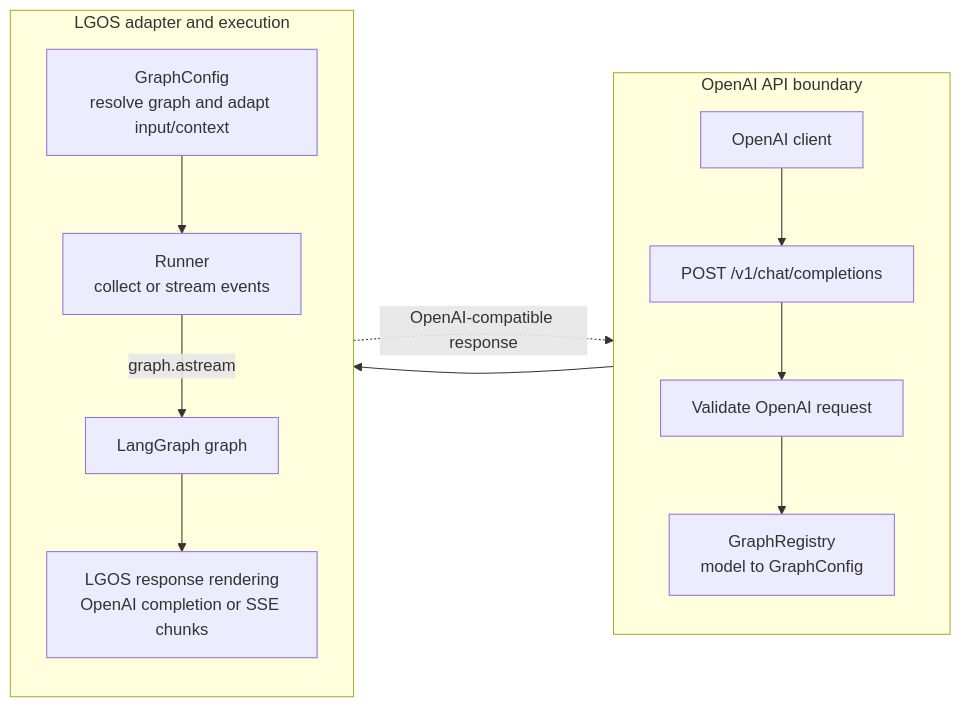
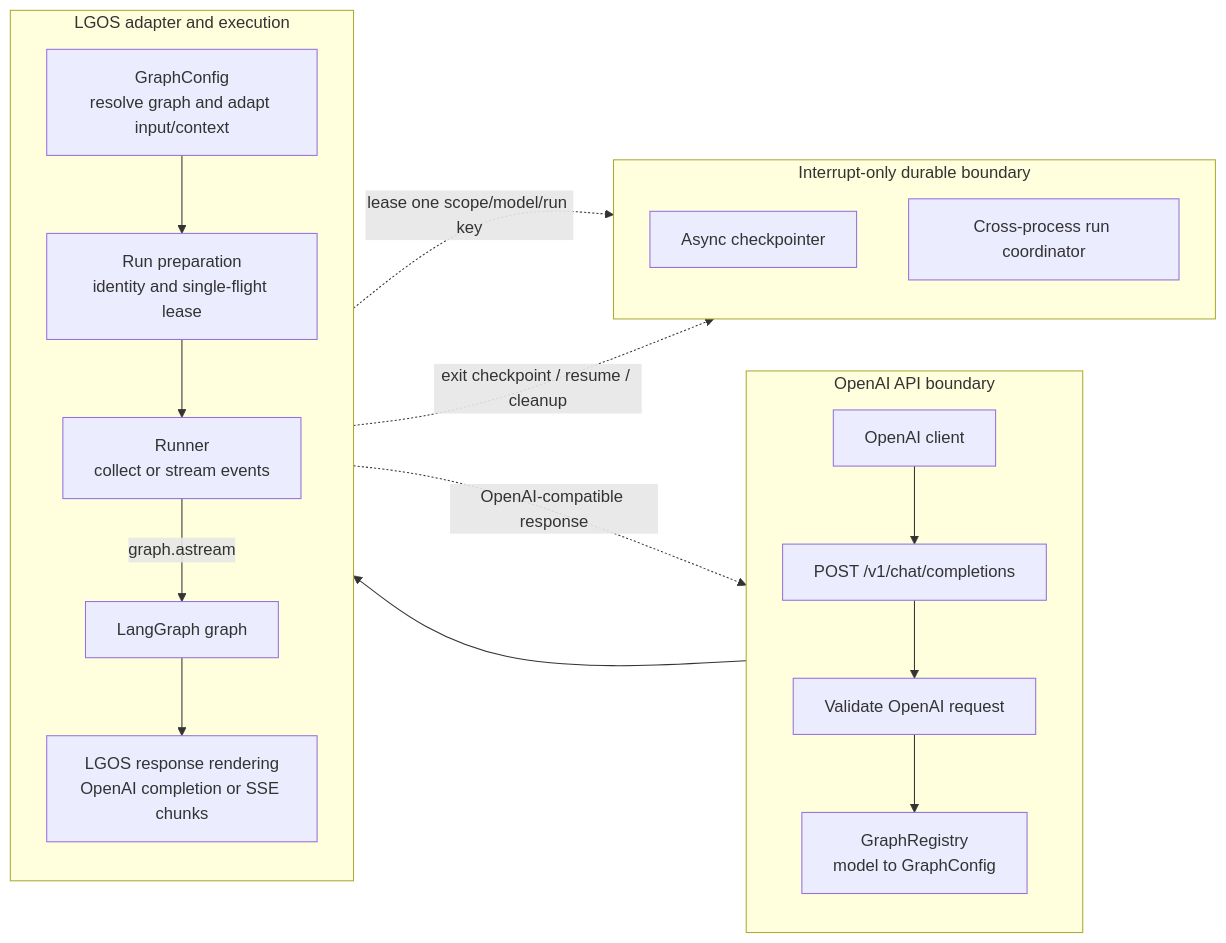
One commit to ilkersigirci/langgraph-openai-serve changed the diagram in docs/explanation/architecture.md. Above: the diagram before and after it, drawn with Mermaid. The commit also changed other lines of this file and 90 other files, not shown here.

````diff
--- a/docs/explanation/architecture.md
+++ b/docs/explanation/architecture.md
@@ -6,20 +6,29 @@
 ```mermaid
 flowchart LR
   subgraph api["OpenAI API boundary"]
     direction TB
     A["OpenAI client"] --> B["POST /v1/chat/completions"]
     B --> C["Validate OpenAI request"]
     C --> D["GraphRegistry<br/>model to GraphConfig"]
   end
 
   subgraph execution["LGOS adapter and execution"]
     direction TB
     E["GraphConfig<br/>resolve graph and adapt input/context"]
-    E --> F["Runner<br/>collect or stream events"]
-    F -->|graph.astream| G["LangGraph graph"]
-    G --> H["LGOS response rendering<br/>OpenAI completion or SSE chunks"]
+    E --> F["Run preparation<br/>identity and single-flight lease"]
+    F --> G["Runner<br/>collect or stream events"]
+    G -->|graph.astream| H["LangGraph graph"]
+    H --> I["LGOS response rendering<br/>OpenAI completion or SSE chunks"]
+  end
+
+  subgraph durable["Interrupt-only durable boundary"]
+    direction TB
+    J["Async checkpointer"]
+    K["Cross-process run coordinator"]
   end
 
   D --> E
-  H -.->|OpenAI-compatible response| A
+  F -.->|lease one scope/model/run key| K
+  H -.->|exit checkpoint / resume / cleanup| J
+  I -.->|OpenAI-compatible response| A
 ```
````
